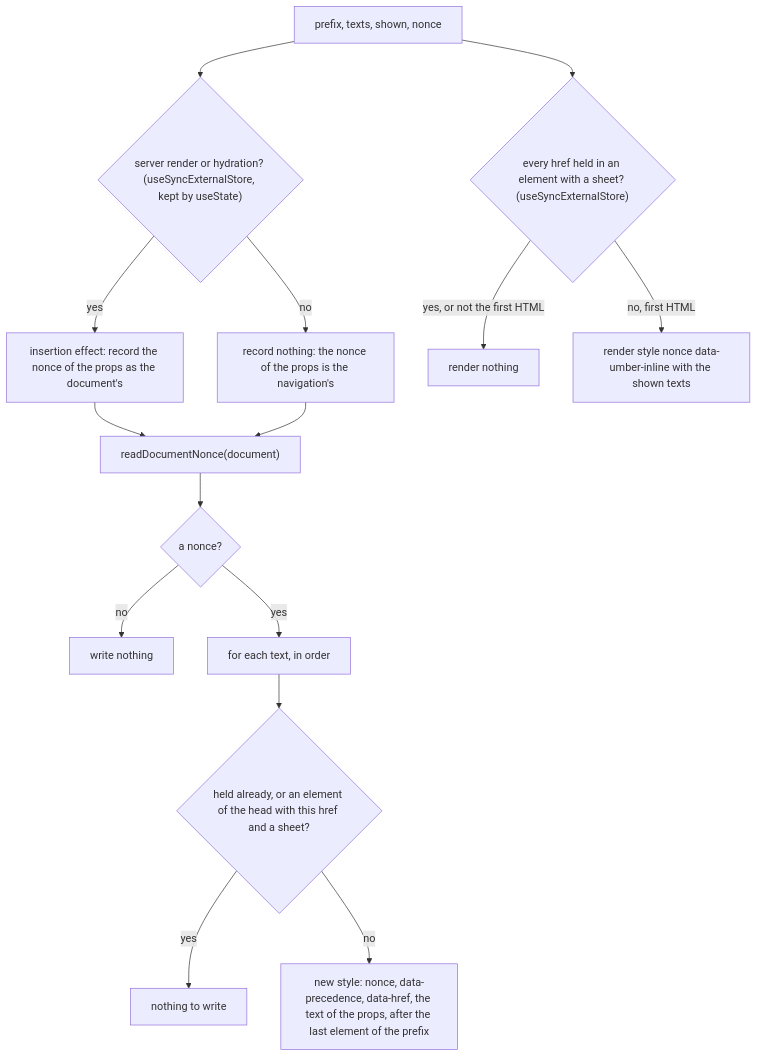
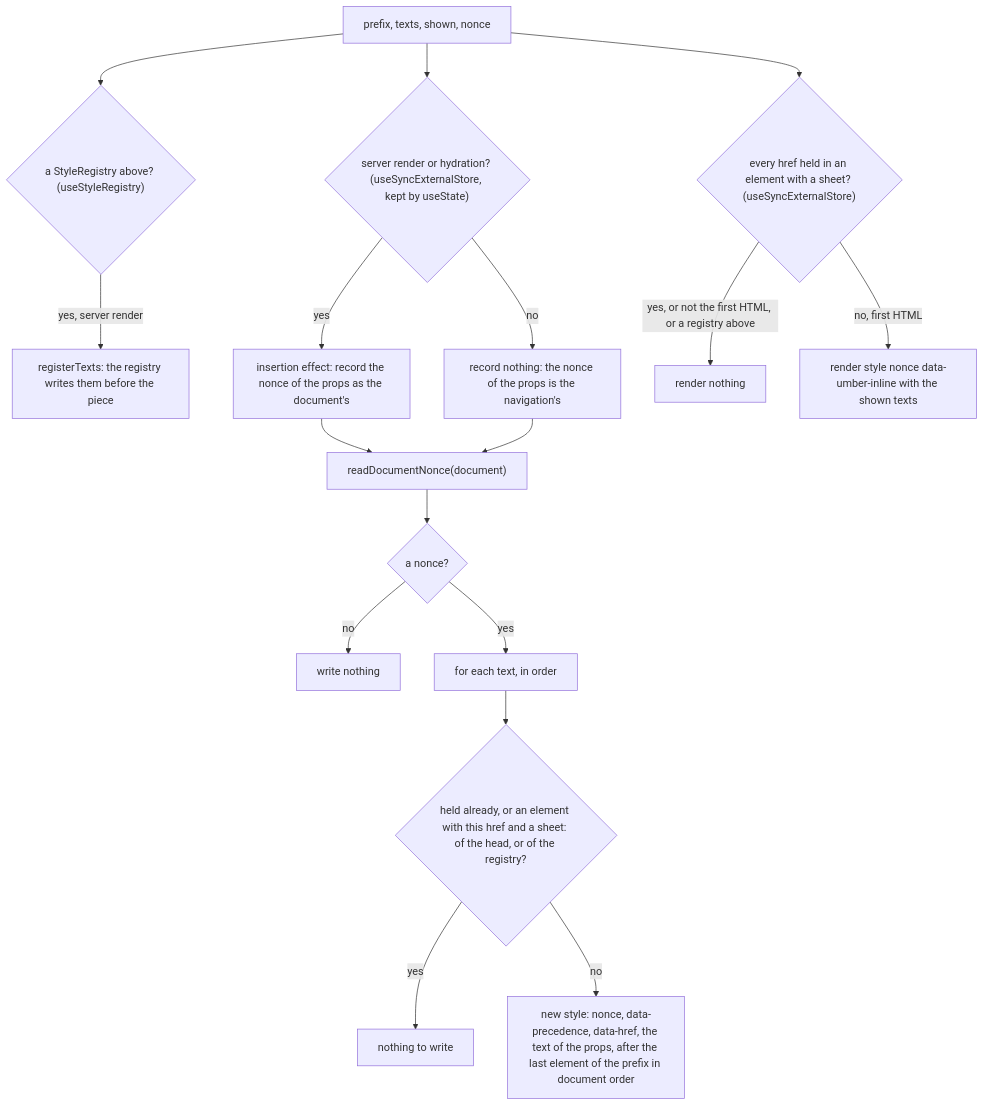
The diagram in packages/react/src/NonceStyles.md (soroush-tech/umber-style), drawn with Mermaid before and after one commit. The commit also changed other lines of this file and 45 other files, not shown here.

Commit message:
feat(react): StyleRegistry from @umber-style/react/next places the styles of a Next.js page in the head and between streamed pieces, never among its elements, for Next.js ^16.4.6 - close #70

````diff
--- a/packages/react/src/NonceStyles.md
+++ b/packages/react/src/NonceStyles.md
@@ -33,17 +38,19 @@
 ```mermaid
 flowchart TD
-  props["prefix, texts, shown, nonce"] --> first{"server render or hydration? (useSyncExternalStore, kept by useState)"}
+  props["prefix, texts, shown, nonce"] --> registry{"a StyleRegistry above? (useStyleRegistry)"}
+  registry -->|"yes, server render"| register["registerTexts: the registry writes them before the piece"]
+  props --> first{"server render or hydration? (useSyncExternalStore, kept by useState)"}
   first -->|yes| record["insertion effect: record the nonce of the props as the document's"]
   first -->|no| skip["record nothing: the nonce of the props is the navigation's"]
   record --> read["readDocumentNonce(document)"]
   skip --> read
   read --> found{"a nonce?"}
   found -->|no| none["write nothing"]
   found -->|yes| each["for each text, in order"]
-  each --> held{"held already, or an element of the head with this href and a sheet?"}
+  each --> held{"held already, or an element with this href and a sheet: of the head, or of the registry?"}
   held -->|yes| next["nothing to write"]
-  held -->|no| write["new style: nonce, data-precedence, data-href, the text of the props, after the last element of the prefix"]
+  held -->|no| write["new style: nonce, data-precedence, data-href, the text of the props, after the last element of the prefix in document order"]
   props --> handed{"every href held in an element with a sheet? (useSyncExternalStore)"}
-  handed -->|"yes, or not the first HTML"| empty["render nothing"]
+  handed -->|"yes, or not the first HTML, or a registry above"| empty["render nothing"]
   handed -->|"no, first HTML"| inPlace["render style nonce data-umber-inline with the shown texts"]
 ```
````
